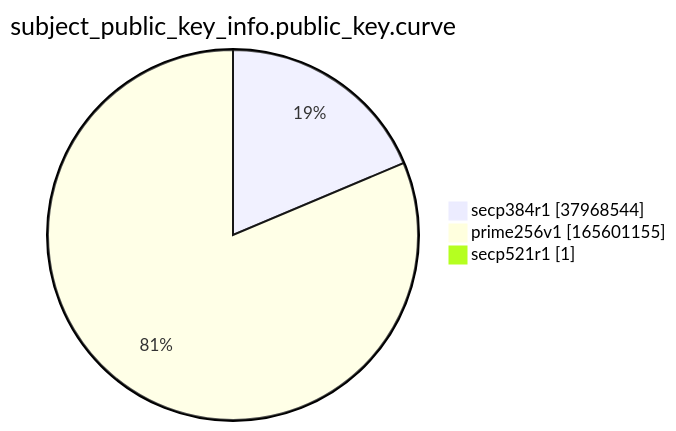
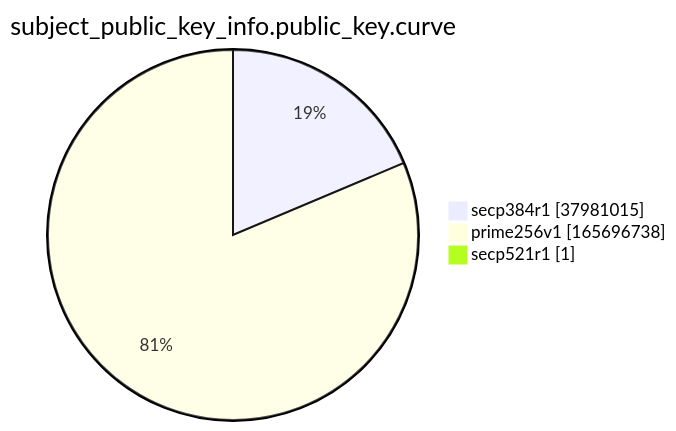
Before and after one commit to christiankrug/ctmonitor_visualization: the ninth of 15 diagrams in argon2022/README.md, drawn with Mermaid. The commit also changed other lines of this file, not shown here.

````diff
--- a/argon2022/README.md
+++ b/argon2022/README.md
@@ -2766,7 +2766,7 @@
 ```mermaid
 pie showData
 title subject_public_key_info.public_key.curve
-"secp384r1" :37968544
-"prime256v1" :165601155
+"secp384r1" :37981015
+"prime256v1" :165696738
 "secp521r1" :1
 ```
````
